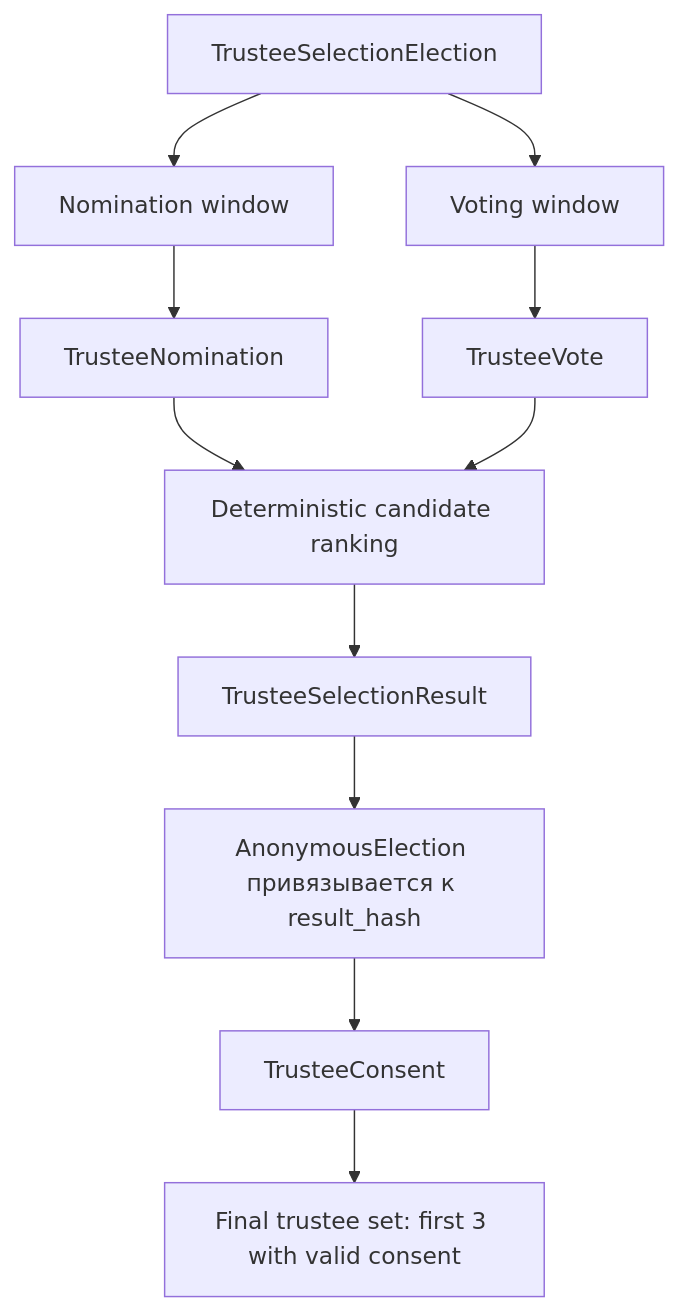
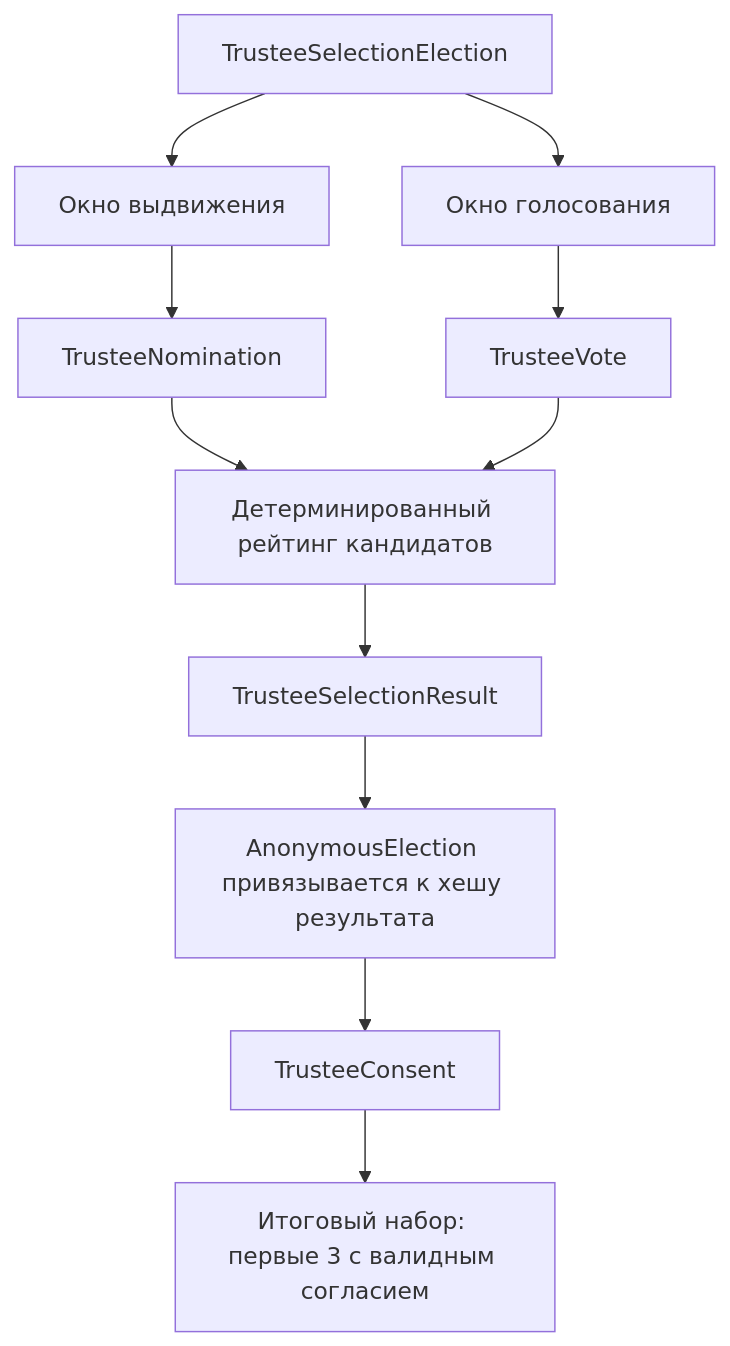
Before and after one commit to arshtanko/librevote: diagram 11 of 17 in librevote-presentation-ru.md, drawn with Mermaid. The commit also changed other lines of this file, not shown here.

````diff
--- a/librevote-presentation-ru.md
+++ b/librevote-presentation-ru.md
@@ -305,13 +331,13 @@
 ```mermaid
 flowchart TD
-  A[TrusteeSelectionElection] --> B[Nomination window]
+  A[TrusteeSelectionElection] --> B[Окно выдвижения]
   B --> C[TrusteeNomination]
-  A --> D[Voting window]
+  A --> D[Окно голосования]
   D --> E[TrusteeVote]
-  C --> F[Deterministic candidate ranking]
+  C --> F[Детерминированный рейтинг кандидатов]
   E --> F
   F --> G[TrusteeSelectionResult]
-  G --> H[AnonymousElection привязывается к result_hash]
+  G --> H[AnonymousElection привязывается к хешу результата]
   H --> I[TrusteeConsent]
-  I --> J[Final trustee set: first 3 with valid consent]
+  I --> J[Итоговый набор: первые 3 с валидным согласием]
 ```
````
